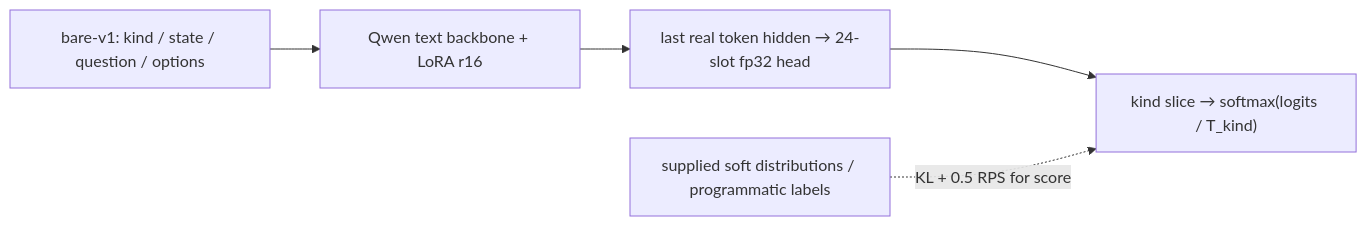
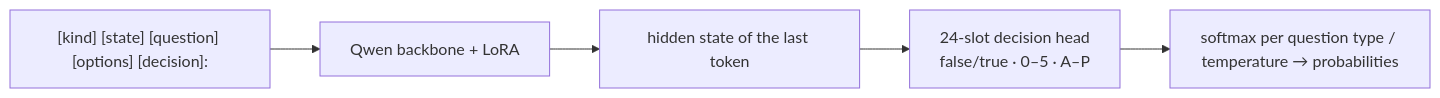
Before and after one commit to shibing624/train-jev: the diagram in README_EN.md, drawn with Mermaid. The commit also changed other lines of this file and 6 other files, not shown here.

````diff
--- a/README_EN.md
+++ b/README_EN.md
@@ -44,7 +173,7 @@
 ```mermaid
 flowchart LR
-    P["bare-v1: kind / state / question / options"] --> B["Qwen text backbone + LoRA r16"]
-    B --> H["last real token hidden → 24-slot fp32 head"]
-    H --> S["kind slice → softmax(logits / T_kind)"]
-    T["supplied soft distributions / programmatic labels"] -.->|"KL + 0.5 RPS for score"| S
+    P["[kind] [state] [question] [options] [decision]:"] --> B["Qwen backbone + LoRA"]
+    B --> H["hidden state of the last token"]
+    H --> D["24-slot decision head<br/>false/true · 0–5 · A–P"]
+    D --> S["softmax per question type / temperature → probabilities"]
 ```
````
